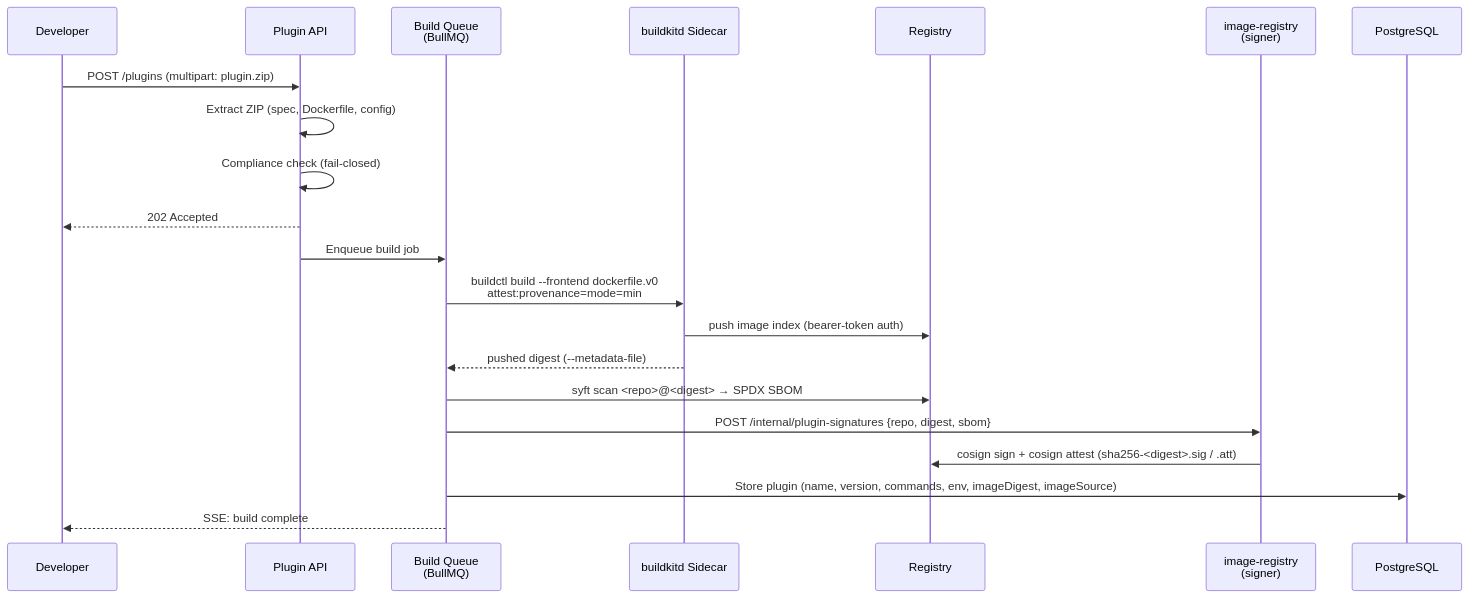
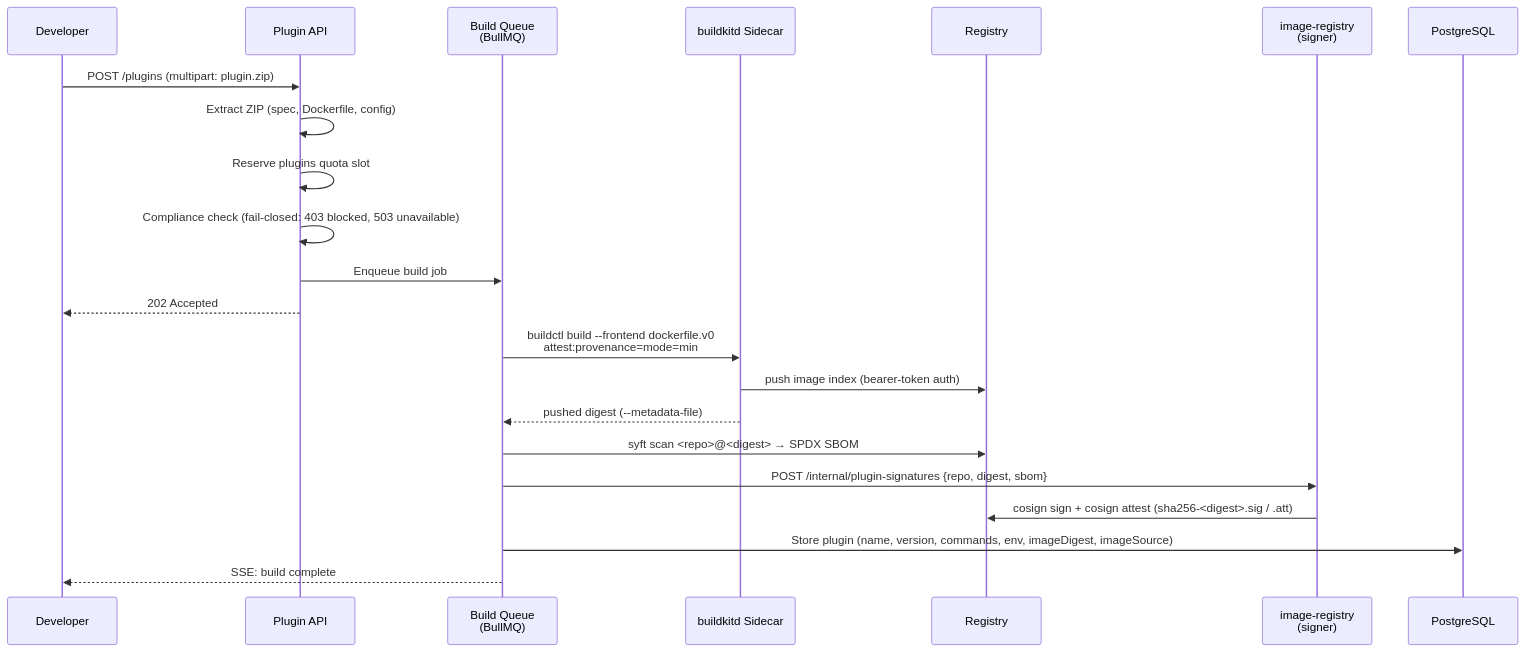
Before and after one commit to mwashburn160/pipeline-builder: the second of 11 diagrams in docs/architecture-flow.md, drawn with Mermaid. The commit also changed other lines of this file and 298 other files, not shown here.

````diff
--- a/docs/architecture-flow.md
+++ b/docs/architecture-flow.md
@@ -125,26 +127,26 @@
 ```mermaid
 sequenceDiagram
     participant Dev as Developer
     participant API as Plugin API
     participant Queue as Build Queue<br/>(BullMQ)
     participant BK as buildkitd Sidecar
     participant Reg as Registry
     participant IR as image-registry<br/>(signer)
     participant DB as PostgreSQL
 
     Dev->>API: POST /plugins (multipart: plugin.zip)
     API->>API: Extract ZIP (spec, Dockerfile, config)
-    API->>API: Compliance check (fail-closed)
+    API->>API: Reserve plugins quota slot
+    API->>API: Compliance check (fail-closed: 403 blocked, 503 unavailable)
+    API->>Queue: Enqueue build job
     API-->>Dev: 202 Accepted
-
-    API->>Queue: Enqueue build job
 
     Queue->>BK: buildctl build --frontend dockerfile.v0<br/>attest:provenance=mode=min
     BK->>Reg: push image index (bearer-token auth)
     BK-->>Queue: pushed digest (--metadata-file)
     Queue->>Reg: syft scan <repo>@<digest> → SPDX SBOM
     Queue->>IR: POST /internal/plugin-signatures {repo, digest, sbom}
     IR->>Reg: cosign sign + cosign attest (sha256-<digest>.sig / .att)
     Queue->>DB: Store plugin (name, version, commands, env, imageDigest, imageSource)
     Queue-->>Dev: SSE: build complete
 ```
````
